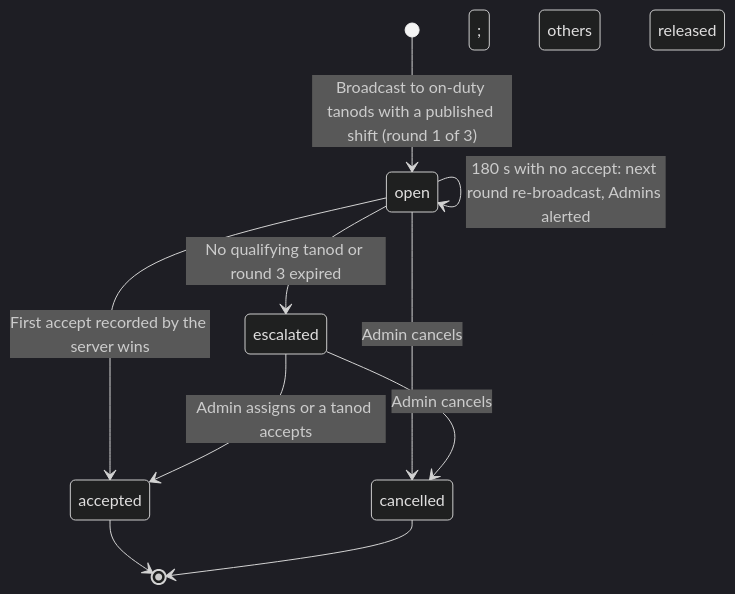
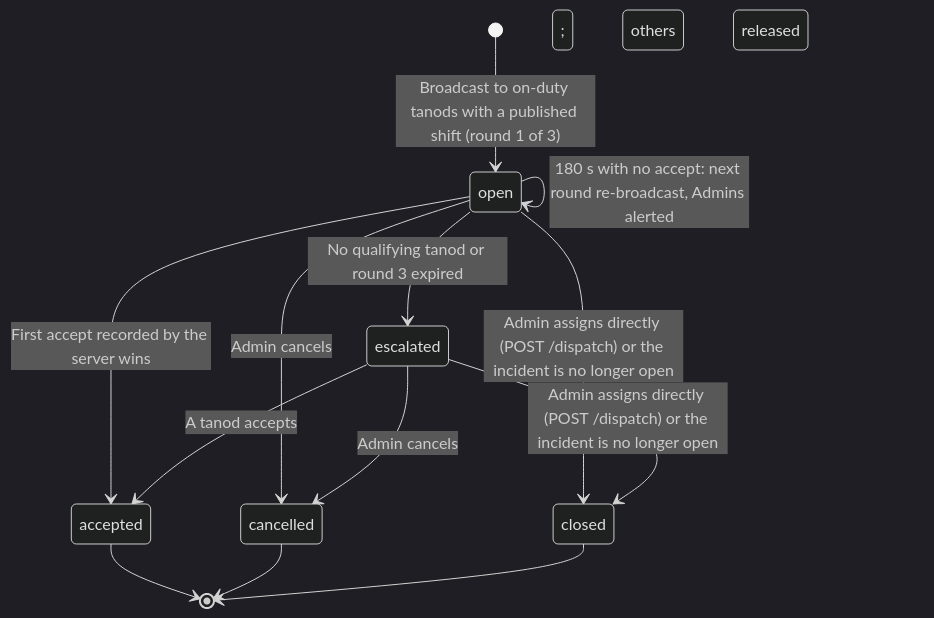
Before and after one commit to jpbuenosaires/Baranguard: diagram 11 of 13 in docs/WORKFLOWS_AND_RULES.md, drawn with Mermaid (dark theme). The commit also changed other lines of this file, not shown here.

Commit message:
[Docs] Workflows & Rules: fix offer/incident diagrams, add logic review

````diff
--- a/docs/WORKFLOWS_AND_RULES.md
+++ b/docs/WORKFLOWS_AND_RULES.md
@@ -349,12 +349,15 @@
 ```mermaid
 stateDiagram-v2
     [*] --> open : Broadcast to on-duty tanods with a published shift (round 1 of 3)
     open --> accepted : First accept recorded by the server wins; others released
     open --> open : 180 s with no accept: next round re-broadcast, Admins alerted
     open --> escalated : No qualifying tanod or round 3 expired
-    escalated --> accepted : Admin assigns or a tanod accepts
+    escalated --> accepted : A tanod accepts
+    open --> closed : Admin assigns directly (POST /dispatch) or the incident is no longer open
+    escalated --> closed : Admin assigns directly (POST /dispatch) or the incident is no longer open
     open --> cancelled : Admin cancels
     escalated --> cancelled : Admin cancels
     accepted --> [*]
     cancelled --> [*]
+    closed --> [*]
 ```
````
